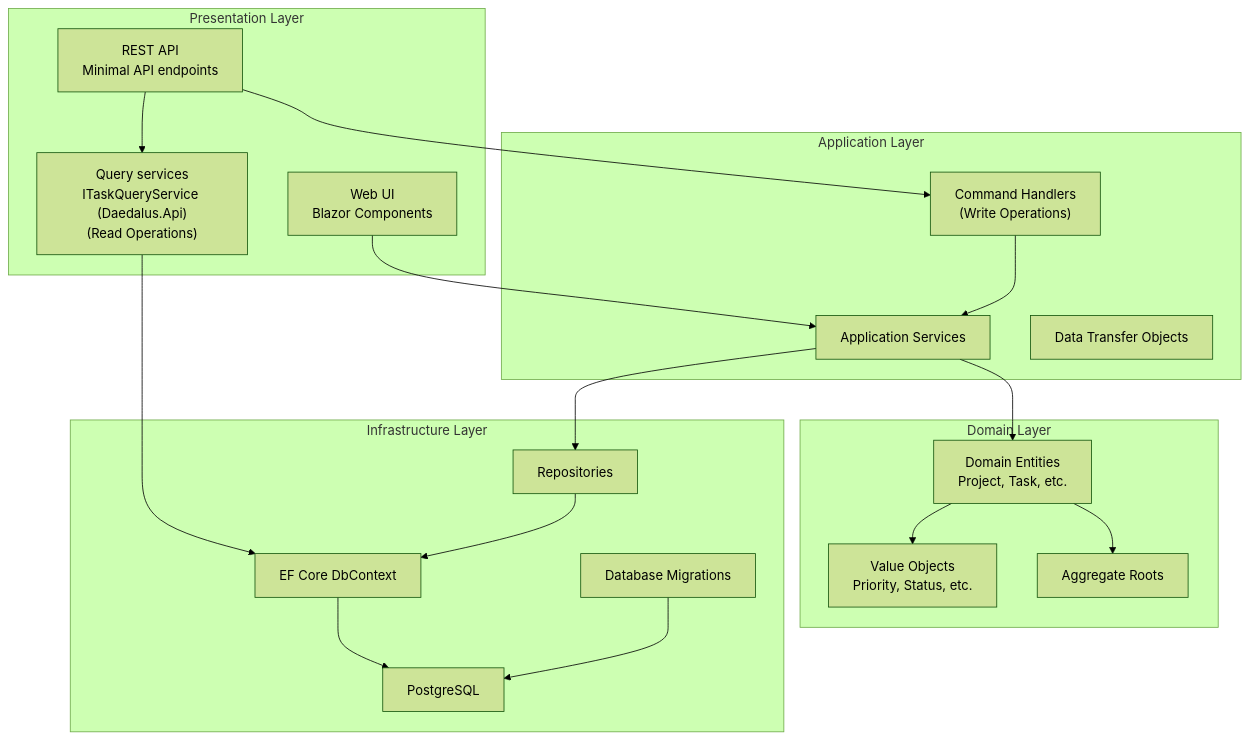
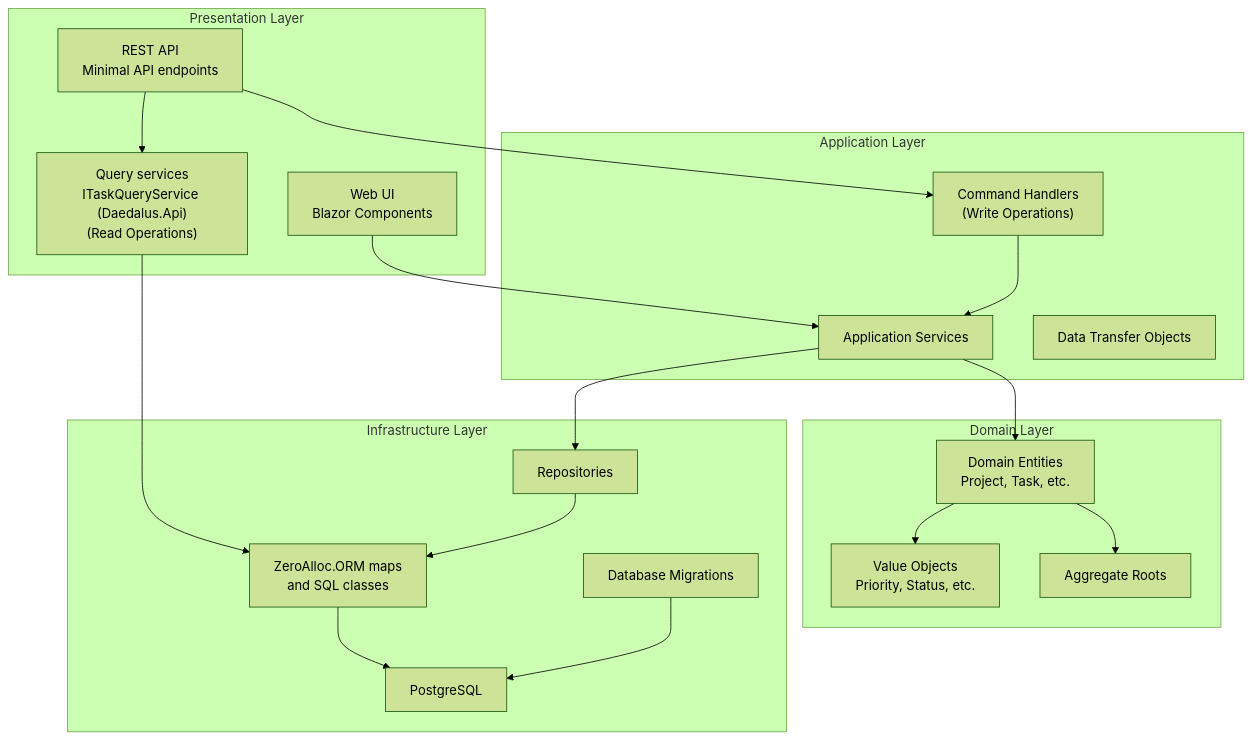
Before and after one commit to MarcelRoozekrans/Daedalus.NET: the seventh of 24 diagrams in docs/architecture-diagrams.md, drawn with Mermaid (forest theme). The commit also changed other lines of this file and 408 other files, not shown here.

First line of the commit message:
refactor(data): replace EF Core with ZeroAlloc.ORM (#443)

````diff
--- a/docs/architecture-diagrams.md
+++ b/docs/architecture-diagrams.md
@@ -612,44 +614,44 @@
 ```mermaid
 graph TB
     subgraph "Presentation Layer"
         API["REST API<br/>Minimal API endpoints"]
         WEB["Web UI<br/>Blazor Components"]
         QUERYSVC["Query services<br/>ITaskQueryService (Daedalus.Api)<br/>(Read Operations)"]
     end
 
     subgraph "Application Layer"
         COMMANDS["Command Handlers<br/>(Write Operations)"]
         SERVICES["Application Services"]
         DTOs["Data Transfer Objects"]
     end
 
     subgraph "Domain Layer"
         ENTITIES["Domain Entities<br/>Project, Task, etc."]
         VALUEOBJECTS["Value Objects<br/>Priority, Status, etc."]
         AGGROOT["Aggregate Roots"]
     end
 
     subgraph "Infrastructure Layer"
-        DBCONTEXT["EF Core DbContext"]
+        ORMSQL["ZeroAlloc.ORM maps<br/>and SQL classes"]
         REPOSITORIES["Repositories"]
         MIGRATION["Database Migrations"]
         PERSISTENCE["PostgreSQL"]
     end
 
     API --> COMMANDS
     API --> QUERYSVC
-    QUERYSVC --> DBCONTEXT
+    QUERYSVC --> ORMSQL
     WEB --> SERVICES
 
     COMMANDS --> SERVICES
 
     SERVICES --> REPOSITORIES
     SERVICES --> ENTITIES
 
-    REPOSITORIES --> DBCONTEXT
+    REPOSITORIES --> ORMSQL
     ENTITIES --> VALUEOBJECTS
     ENTITIES --> AGGROOT
 
-    DBCONTEXT --> PERSISTENCE
+    ORMSQL --> PERSISTENCE
     MIGRATION --> PERSISTENCE
 ```
````
